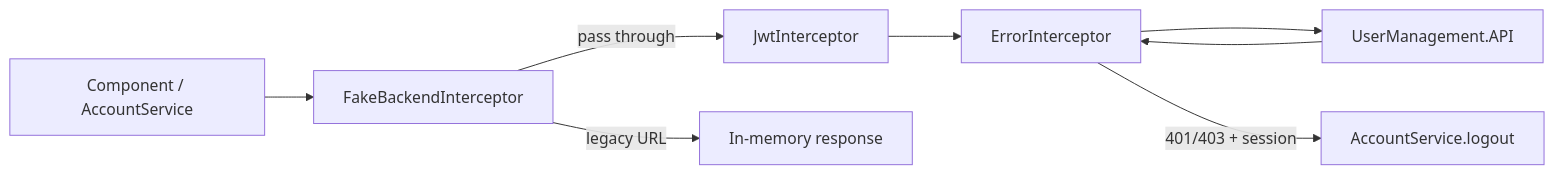
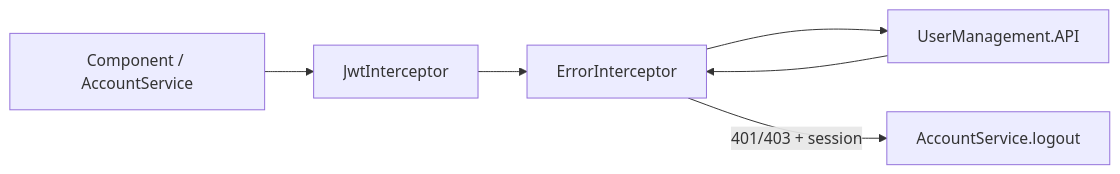
Before and after one commit to asalhallak/basic-user-management: the first of 3 diagrams in docs/front-end-interceptors.md, drawn with Mermaid. The commit also changed other lines of this file and 5 other files, not shown here.

First line of the commit message:
docs: sync interceptor and troubleshooting docs after fake backend removal

````diff
--- a/docs/front-end-interceptors.md
+++ b/docs/front-end-interceptors.md
@@ -19,16 +18,13 @@
 ```mermaid
 flowchart LR
     Component[Component / AccountService]
-    Fake[FakeBackendInterceptor]
     JWT[JwtInterceptor]
     Error[ErrorInterceptor]
     API[UserManagement.API]
 
-    Component --> Fake
-    Fake -->|legacy URL| Browser[In-memory response]
-    Fake -->|pass through| JWT
+    Component --> JWT
     JWT --> Error
     Error --> API
     API --> Error
     Error -->|401/403 + session| Logout[AccountService.logout]
 ```
````
